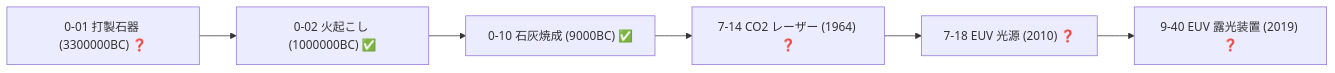
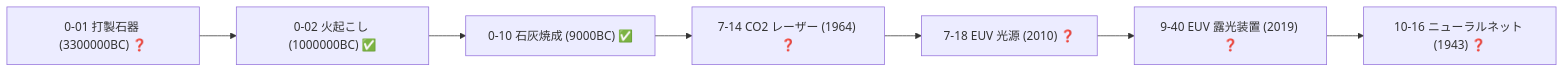
Before and after one commit to taku3i0317-collab/semiconductor-lab: the first of 19 diagrams in docs/TECH_TREE_VIEW.md, drawn with Mermaid. The commit also changed other lines of this file and 7 other files, not shown here.

````diff
--- a/docs/TECH_TREE_VIEW.md
+++ b/docs/TECH_TREE_VIEW.md
@@ -47,14 +47,16 @@
 ```mermaid
 graph LR
   n0_01["0-01 打製石器 (3300000BC) ❓"]
   n0_02["0-02 火起こし (1000000BC) ✅"]
   n0_10["0-10 石灰焼成 (9000BC) ✅"]
   n7_14["7-14 CO2 レーザー (1964) ❓"]
   n7_18["7-18 EUV 光源 (2010) ❓"]
   n9_40["9-40 EUV 露光装置 (2019) ❓"]
+  n10_16["10-16 ニューラルネット (1943) ❓"]
   n0_01-->n0_02
   n0_02-->n0_10
   n0_10-->n7_14
   n7_14-->n7_18
   n7_18-->n9_40
+  n9_40-->n10_16
 ```
````
